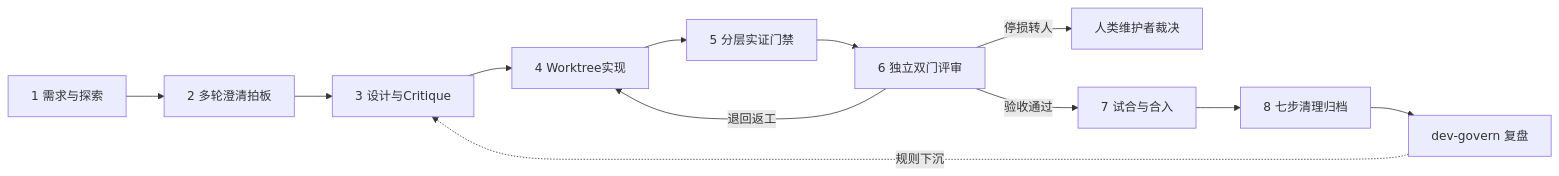
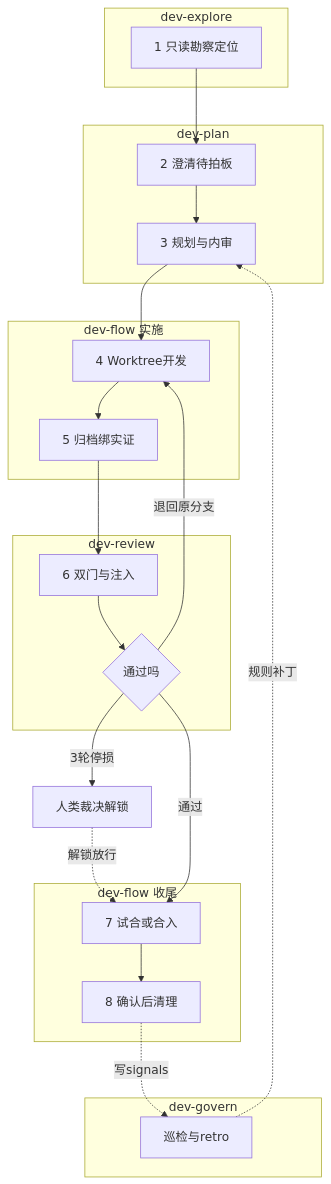
One commit to FiretrUCK666/project-forge changed the fifth of 6 diagrams in docs/TDD.md. Above: the diagram before and after it, drawn with Mermaid. The commit also changed other lines of this file and 8 other files, not shown here.

Commit message:
优化 README 安装直链与架构图解，清理 TDD 过时版本并新增常青文档保鲜门禁

````diff
--- a/docs/TDD.md
+++ b/docs/TDD.md
@@ -278,14 +281,36 @@
 ```mermaid
-flowchart LR
-  Req["1 需求与探索"] --> Clarify["2 多轮澄清拍板"]
-  Clarify --> Design["3 设计与Critique"]
-  Design --> Impl["4 Worktree实现"]
-  Impl --> Verify["5 分层实证门禁"]
-  Verify --> Review["6 独立双门评审"]
-  Review -- "退回返工" --> Impl
-  Review -- "停损转人" --> Human["人类维护者裁决"]
-  Review -- "验收通过" --> Merge["7 试合与合入"]
-  Merge --> Clean["8 七步清理归档"]
-  Clean --> Govern["dev-govern 复盘"]
-  Govern -. "规则下沉" .-> Design
+flowchart TB
+  subgraph E["dev-explore"]
+    S1["1 只读勘察定位"]
+  end
+
+  subgraph P["dev-plan"]
+    S2["2 澄清待拍板"] --> S3["3 规划与内审"]
+  end
+
+  subgraph F1["dev-flow 实施"]
+    S4["4 Worktree开发"] --> S5["5 归档绑实证"]
+  end
+
+  subgraph R["dev-review"]
+    S6["6 双门与注入"] --> Gate{"通过吗"}
+  end
+
+  subgraph F2["dev-flow 收尾"]
+    S7["7 试合或合入"] --> S8["8 确认后清理"]
+  end
+
+  subgraph G["dev-govern"]
+    GV["巡检与retro"]
+  end
+
+  S1 --> S2
+  S3 --> S4
+  S5 --> S6
+  Gate -- "退回原分支" --> S4
+  Gate -- "3轮停损" --> HM["人类裁决解锁"]
+  HM -. "解锁放行" .-> S7
+  Gate -- "通过" --> S7
+  S8 -. "写signals" .-> GV
+  GV -. "规则补丁" .-> S3
 ```
````
